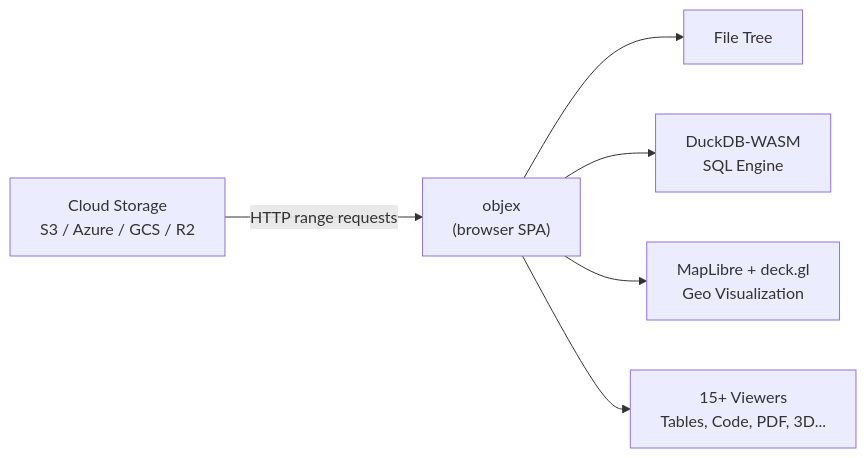
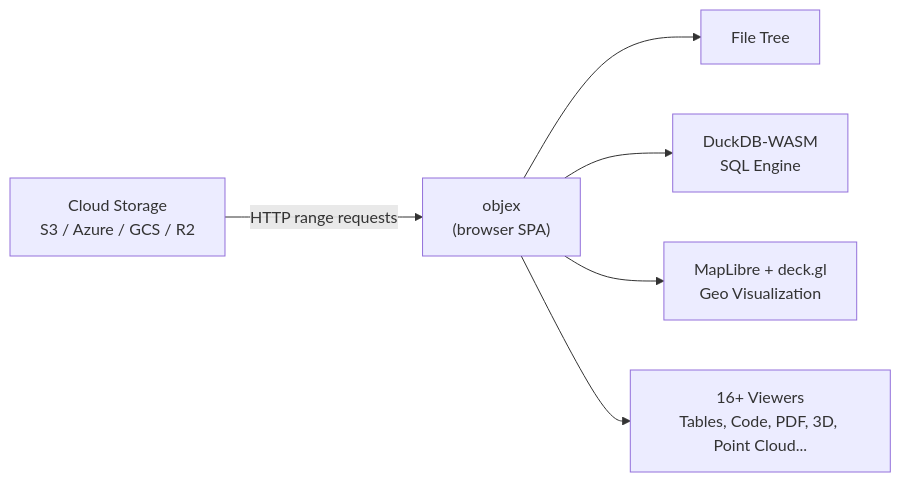
The first of 2 diagrams in README.md (walkthru-earth/objex), drawn with Mermaid before and after one commit. The commit also changed other lines of this file and 3 other files, not shown here.

Commit message:
feat: add COPC/LAZ/LAS point cloud viewer via viewer.copc.io iframe

````diff
--- a/README.md
+++ b/README.md
@@ -5,8 +5,8 @@
 ```mermaid
 graph LR
     Cloud["Cloud Storage<br/>S3 / Azure / GCS / R2"] -->|HTTP range requests| App["objex<br/>(browser SPA)"]
     App --> Browse[File Tree]
     App --> Query["DuckDB-WASM<br/>SQL Engine"]
     App --> Map["MapLibre + deck.gl<br/>Geo Visualization"]
-    App --> View["15+ Viewers<br/>Tables, Code, PDF, 3D..."]
+    App --> View["16+ Viewers<br/>Tables, Code, PDF, 3D, Point Cloud..."]
 ```
````
